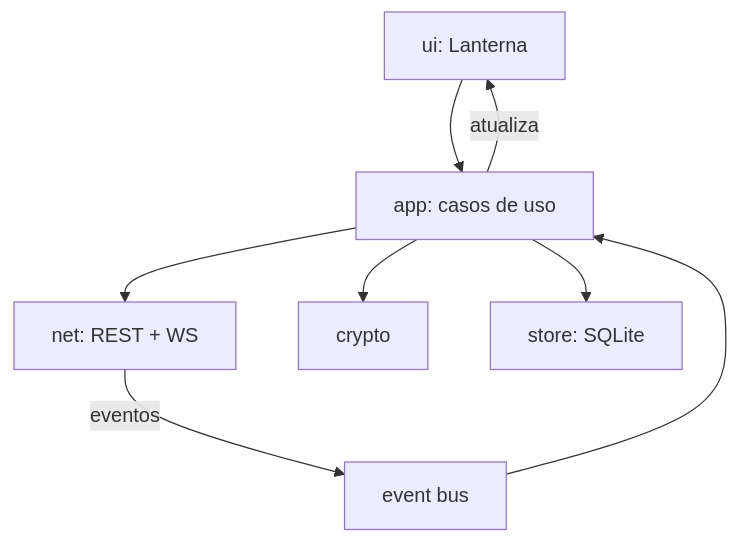
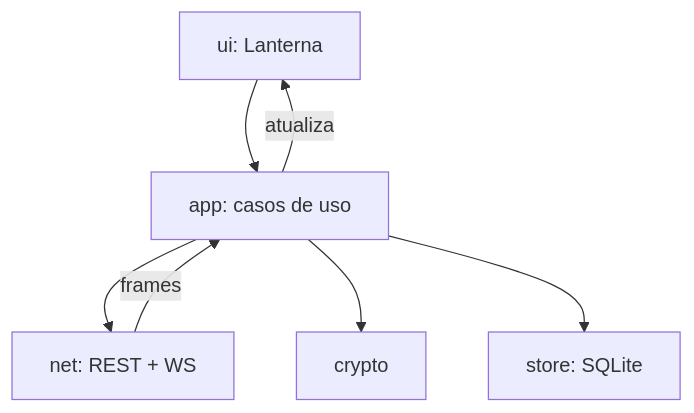
The fourth of 7 diagrams in docs/architecture.md (Matheus-Cezario/terminal-send), drawn with Mermaid before and after one commit. The commit also changed other lines of this file and 3 other files, not shown here.

````diff
--- a/docs/architecture.md
+++ b/docs/architecture.md
@@ -113,9 +112,9 @@
 ```mermaid
 flowchart TB
     UI[ui: Lanterna] --> APP[app: casos de uso]
     APP --> NET[net: REST + WS]
     APP --> CRY[crypto]
     APP --> ST[store: SQLite]
-    NET -- eventos --> BUS[event bus] --> APP
+    NET -- frames --> APP
     APP -- atualiza --> UI
 ```
````
